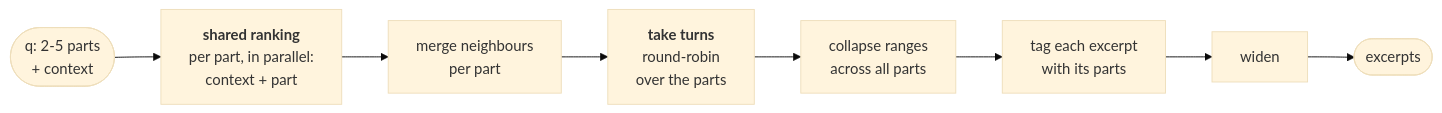
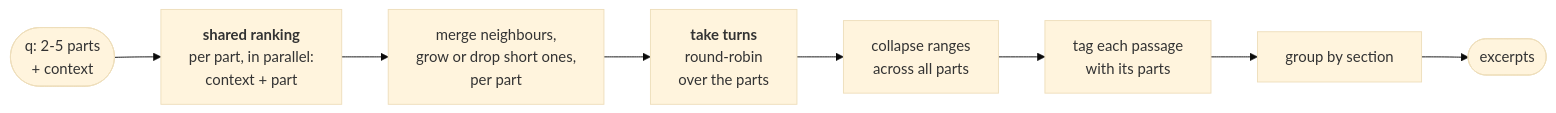
The third of 3 diagrams in docs/search.md (haskian/haskie), drawn with Mermaid (base theme) before and after one commit. The commit also changed other lines of this file and 29 other files, not shown here.

First line of the commit message:
feat(search)!: excerpts are sections; short passages grow or go

````diff
--- a/docs/search.md
+++ b/docs/search.md
@@ -122,9 +173,9 @@
 ```mermaid
 flowchart LR
     asked(["q: 2-5 parts<br/>+ context"]) --> each["<b>shared ranking</b><br/>per part, in parallel:<br/>context + part"]
-    each --> ranges["merge neighbours<br/>per part"]
+    each --> ranges["merge neighbours,<br/>grow or drop short ones,<br/>per part"]
     ranges --> turns["<b>take turns</b><br/>round-robin<br/>over the parts"]
     turns --> fold["collapse ranges<br/>across all parts"]
-    fold --> tag["tag each excerpt<br/>with its parts"]
-    tag --> widen["widen"] --> excerpts(["excerpts"])
+    fold --> tag["tag each passage<br/>with its parts"]
+    tag --> group["group by section"] --> excerpts(["excerpts"])
 ```
````
